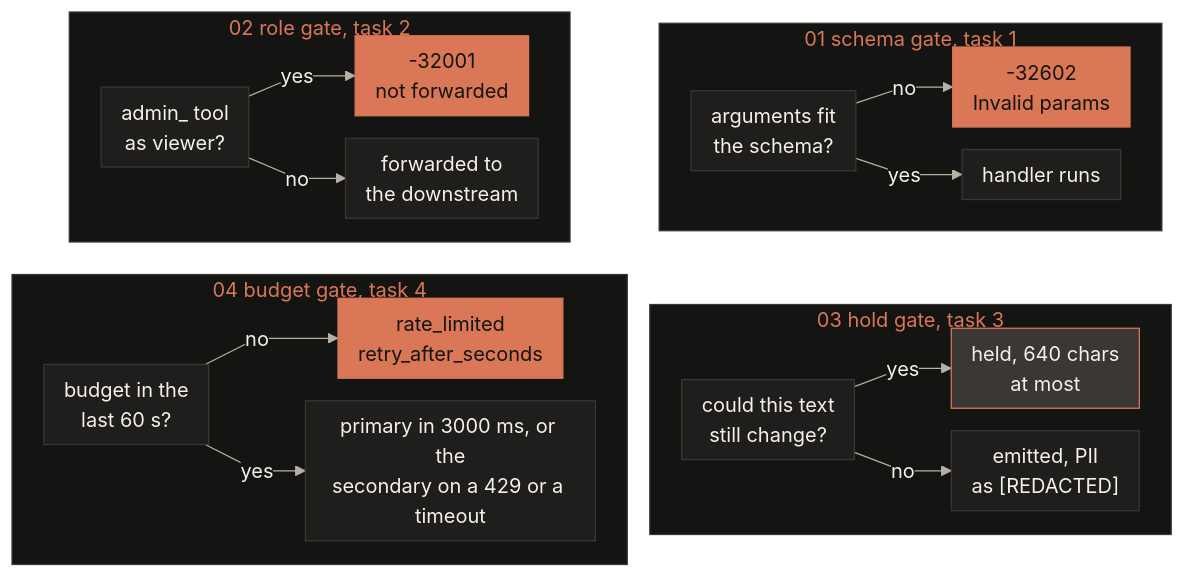
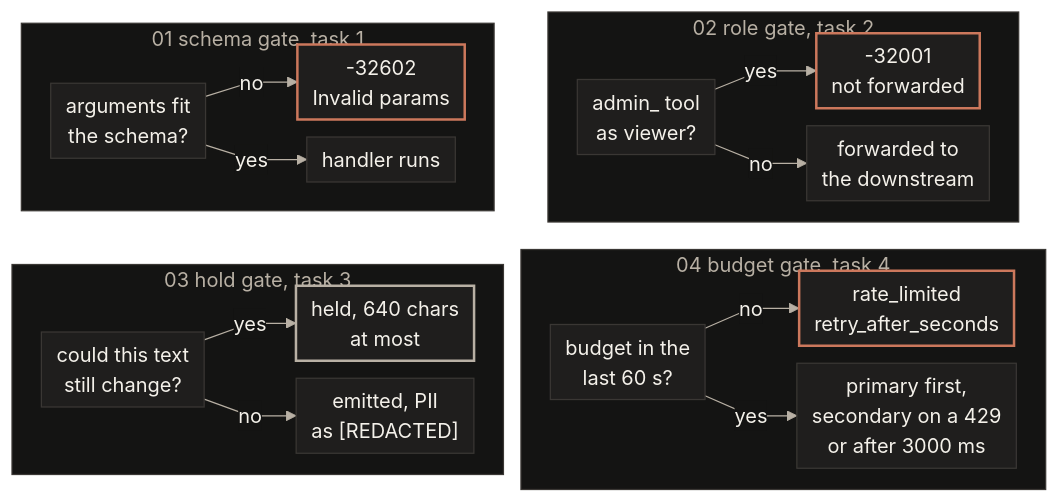
One commit to jameswniu/quilr-fde-assessment changed the diagram in README.md. Above: the diagram before and after it, drawn with Mermaid. The commit also changed other lines of this file and 5 other files, not shown here.

````diff
--- a/README.md
+++ b/README.md
@@ -142,30 +142,30 @@
 ```mermaid
-%%{init: {"theme": "base", "themeVariables": {"primaryColor": "#1F1E1D", "primaryTextColor": "#F4F1EA", "primaryBorderColor": "#3A3734", "lineColor": "#B8B0A4", "textColor": "#F4F1EA", "clusterBkg": "#141413", "clusterBorder": "#3A3734", "titleColor": "#D97757", "edgeLabelBackground": "#141413", "fontSize": "16px"}, "flowchart": {"curve": "linear", "nodeSpacing": 18, "rankSpacing": 26, "padding": 8}}}%%
+%%{init: {"theme": "base", "themeVariables": {"primaryColor": "#1F1E1D", "primaryTextColor": "#F4F1EA", "primaryBorderColor": "#3A3734", "lineColor": "#B8B0A4", "textColor": "#F4F1EA", "clusterBkg": "#141413", "clusterBorder": "#3A3734", "titleColor": "#B8B0A4", "edgeLabelBackground": "#141413", "fontSize": "16px"}, "flowchart": {"curve": "linear", "nodeSpacing": 14, "rankSpacing": 22, "padding": 6}}}%%
 flowchart TB
+  subgraph S2["02 role gate, task 2"]
+    direction LR
+    B2["admin_ tool<br/>as viewer?"] -- yes --> B3["-32001<br/>not forwarded"]
+    B2 -- no --> B4["forwarded to<br/>the downstream"]
+  end
   subgraph S1["01 schema gate, task 1"]
     direction LR
     A2["arguments fit<br/>the schema?"] -- no --> A3["-32602<br/>Invalid params"]
     A2 -- yes --> A4["handler runs"]
   end
-  subgraph S2["02 role gate, task 2"]
+  subgraph S4["04 budget gate, task 4"]
     direction LR
-    B2["admin_ tool<br/>as viewer?"] -- yes --> B3["-32001<br/>not forwarded"]
-    B2 -- no --> B4["forwarded to<br/>the downstream"]
+    D2["budget in the<br/>last 60 s?"] -- no --> D3["rate_limited<br/>retry_after_seconds"]
+    D2 -- yes --> D4["primary first,<br/>secondary on a 429<br/>or after 3000 ms"]
   end
   subgraph S3["03 hold gate, task 3"]
     direction LR
     C2["could this text<br/>still change?"] -- yes --> C3["held, 640 chars<br/>at most"]
     C2 -- no --> C4["emitted, PII<br/>as [REDACTED]"]
   end
-  subgraph S4["04 budget gate, task 4"]
-    direction LR
-    D2["budget in the<br/>last 60 s?"] -- no --> D3["rate_limited<br/>retry_after_seconds"]
-    D2 -- yes --> D4["primary in 3000 ms, or the<br/>secondary on a 429 or a timeout"]
-  end
   S1 ~~~ S3
   S2 ~~~ S4
-  classDef stop fill:#D97757,stroke:#D97757,color:#141413
-  classDef hold fill:#3A3734,stroke:#D97757,color:#F4F1EA
+  classDef stop fill:#1F1E1D,stroke:#CC785C,stroke-width:2px,color:#F4F1EA
+  classDef hold fill:#1F1E1D,stroke:#B8B0A4,stroke-width:2px,color:#F4F1EA
   class A3,B3,D3 stop
   class C3 hold
 ```
````
